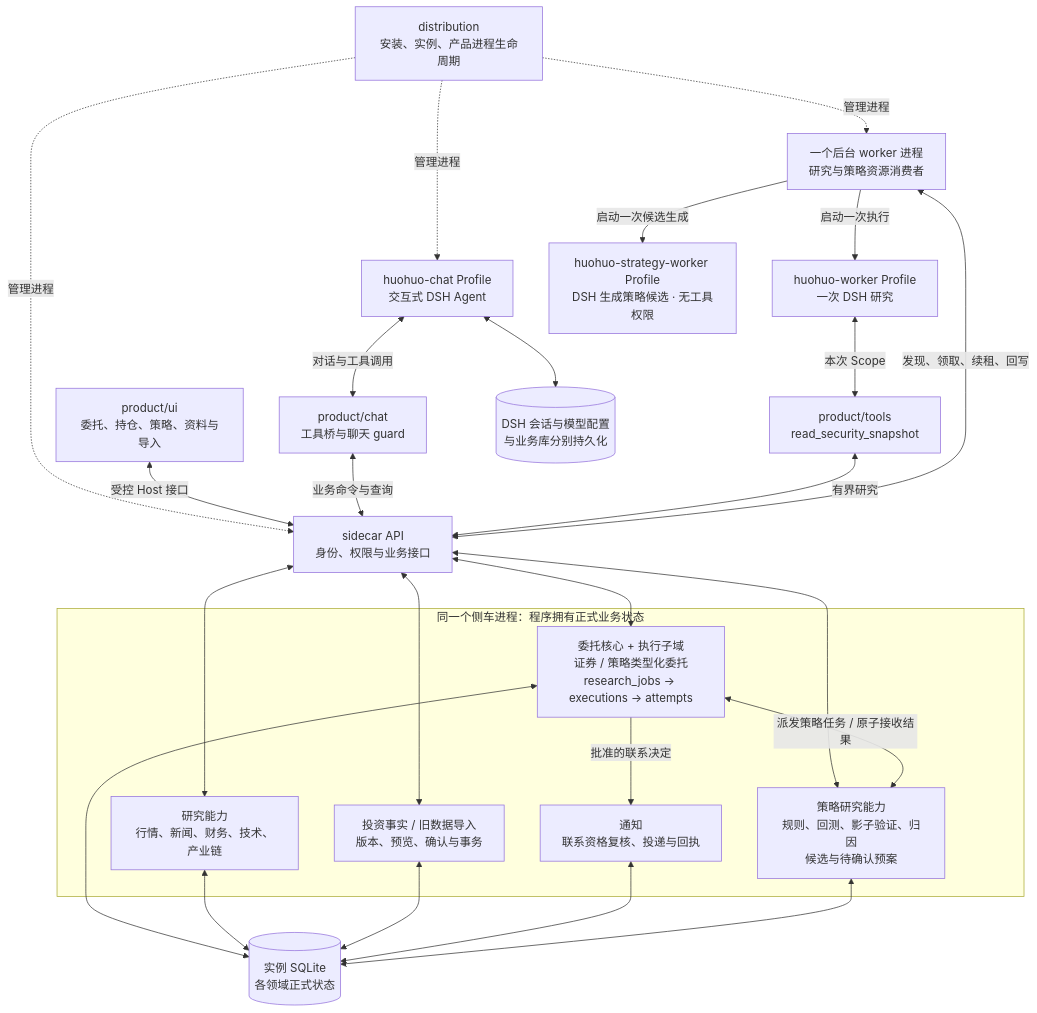
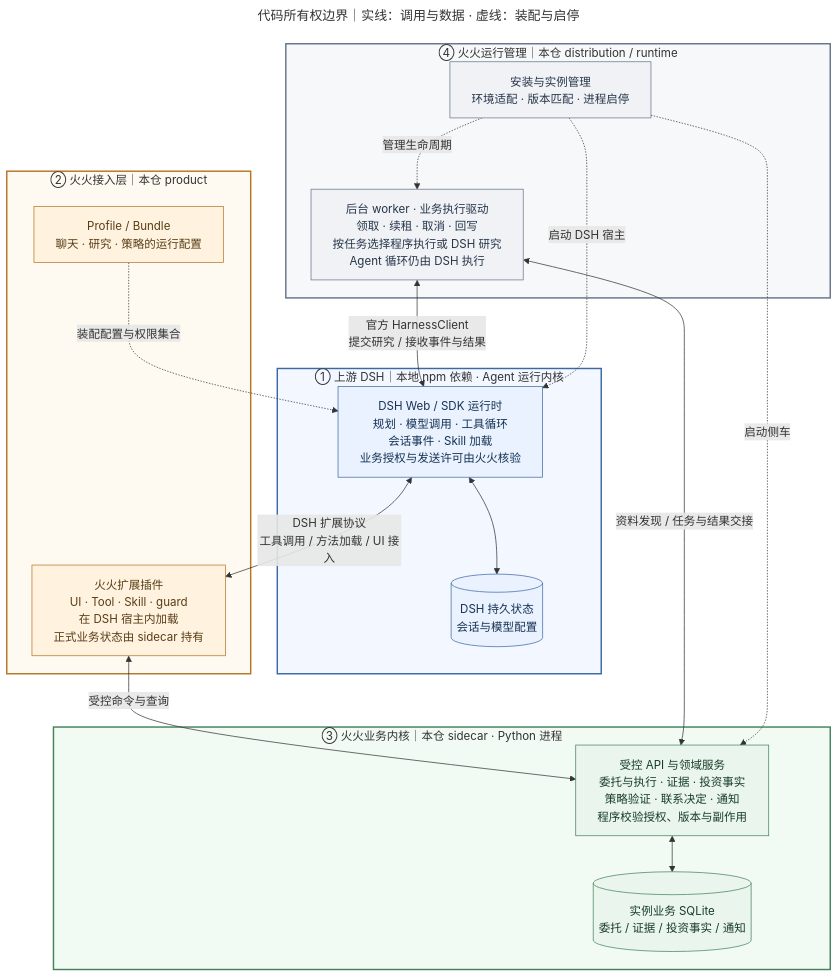
The third of 5 diagrams in docs/当前架构与装配.md (PABIPRG/investment-research-agent), drawn with Mermaid before and after one commit. The commit also changed other lines of this file and 13 other files, not shown here.

````diff
--- a/docs/当前架构与装配.md
+++ b/docs/当前架构与装配.md
@@ -105,44 +105,52 @@
 ```mermaid
+---
+title: 代码所有权边界｜实线：调用与数据 · 虚线：装配与启停
+config:
+  flowchart:
+    wrappingWidth: 320
+---
 flowchart TB
-  life["distribution<br/>安装、实例、产品进程生命周期"]
-  chat["huohuo-chat Profile<br/>交互式 DSH Agent"]
-  worker["一个后台 worker 进程<br/>研究与策略资源消费者"]
-  sdk["huohuo-worker Profile<br/>一次 DSH 研究"]
-  planner["huohuo-strategy-worker Profile<br/>DSH 生成策略候选 · 无工具权限"]
-  ui["product/ui<br/>委托、持仓、策略、资料与导入"]
-  tools["product/chat<br/>工具桥与聊天 guard"]
-  bounded["product/tools<br/>read_security_snapshot"]
-  api["sidecar API<br/>身份、权限与业务接口"]
-  subgraph side["同一个侧车进程：程序拥有正式业务状态"]
-    core["委托核心 + 执行子域<br/>证券 / 策略类型化委托<br/>research_jobs → executions → attempts"]
-    research["研究能力<br/>行情、新闻、财务、技术、产业链"]
-    facts["投资事实 / 旧数据导入<br/>版本、预览、确认与事务"]
-    notice["通知<br/>联系资格复核、投递与回执"]
-    strategy["策略研究能力<br/>规则、回测、影子验证、归因<br/>候选与待确认预案"]
+  subgraph DSH["① 上游 DSH｜本地 npm 依赖 · Agent 运行内核"]
+    agent["DSH Web / SDK 运行时<br/>规划 · 模型调用 · 工具循环<br/>会话事件 · Skill 加载<br/>业务授权与发送许可由火火核验"]
+    sessions[("DSH 持久状态<br/>会话与模型配置")]
+    agent <--> sessions
   end
-  db[("实例 SQLite<br/>各领域正式状态")]
-  sessions[("DSH 会话与模型配置<br/>与业务库分别持久化")]
-  life -.->|"管理进程"| chat
-  life -.->|"管理进程"| worker
-  life -.->|"管理进程"| api
-  chat <-->|"对话与工具调用"| tools
-  chat <--> sessions
-  ui <-->|"受控 Host 接口"| api
-  tools <-->|"业务命令与查询"| api
-  worker -->|"启动一次执行"| sdk
-  worker -->|"启动一次候选生成"| planner
-  sdk <-->|"本次 Scope"| bounded
-  bounded <-->|"有界研究"| api
-  worker <-->|"发现、领取、续租、回写"| api
-  api <--> core
-  api <--> research
-  api <--> facts
-  api <--> strategy
-  core <-->|"派发策略任务 / 原子接收结果"| strategy
-  core -->|"批准的联系决定"| notice
-  core <--> db
-  research <--> db
-  facts <--> db
-  notice <--> db
-  strategy <--> db
+
+  subgraph PRODUCT["② 火火接入层｜本仓 product"]
+    profiles["Profile / Bundle<br/>聊天 · 研究 · 策略的运行配置"]
+    plugins["火火扩展插件<br/>UI · Tool · Skill · guard<br/>在 DSH 宿主内加载<br/>正式业务状态由 sidecar 持有"]
+  end
+
+  subgraph BUSINESS["③ 火火业务内核｜本仓 sidecar · Python 进程"]
+    api["受控 API 与领域服务<br/>委托与执行 · 证据 · 投资事实<br/>策略验证 · 联系决定 · 通知<br/>程序校验授权、版本与副作用"]
+    db[("实例业务 SQLite<br/>委托 / 证据 / 投资事实 / 通知")]
+    api <--> db
+  end
+
+  subgraph RUNTIME["④ 火火运行管理｜本仓 distribution / runtime"]
+    life["安装与实例管理<br/>环境适配 · 版本匹配 · 进程启停"]
+    worker["后台 worker · 业务执行驱动<br/>领取 · 续租 · 取消 · 回写<br/>按任务选择程序执行或 DSH 研究<br/>Agent 循环仍由 DSH 执行"]
+    life -.->|"管理生命周期"| worker
+  end
+
+  profiles -.->|"装配配置与权限集合"| agent
+  agent <-->|"DSH 扩展协议<br/>工具调用 / 方法加载 / UI 接入"| plugins
+  plugins <-->|"受控命令与查询"| api
+  worker <-->|"官方 HarnessClient<br/>提交研究 / 接收事件与结果"| agent
+  worker <-->|"资料发现 / 任务与结果交接"| api
+  life -.->|"启动 DSH 宿主"| agent
+  life -.->|"启动侧车"| api
+
+  classDef upstream fill:#eaf2ff,stroke:#3c67a5,color:#153254
+  classDef extension fill:#fff3df,stroke:#b57524,color:#593c16
+  classDef business fill:#eaf5ed,stroke:#44825a,color:#183e28
+  classDef runtime fill:#f0f2f5,stroke:#64748b,color:#27364a
+  class agent,sessions upstream
+  class profiles,plugins extension
+  class api,db business
+  class life,worker runtime
+  style DSH fill:#f3f7ff,stroke:#3c67a5,stroke-width:2px
+  style PRODUCT fill:#fffaf1,stroke:#b57524,stroke-width:2px
+  style BUSINESS fill:#f2faf4,stroke:#44825a,stroke-width:2px
+  style RUNTIME fill:#f7f8fa,stroke:#64748b,stroke-width:2px
 ```
````
